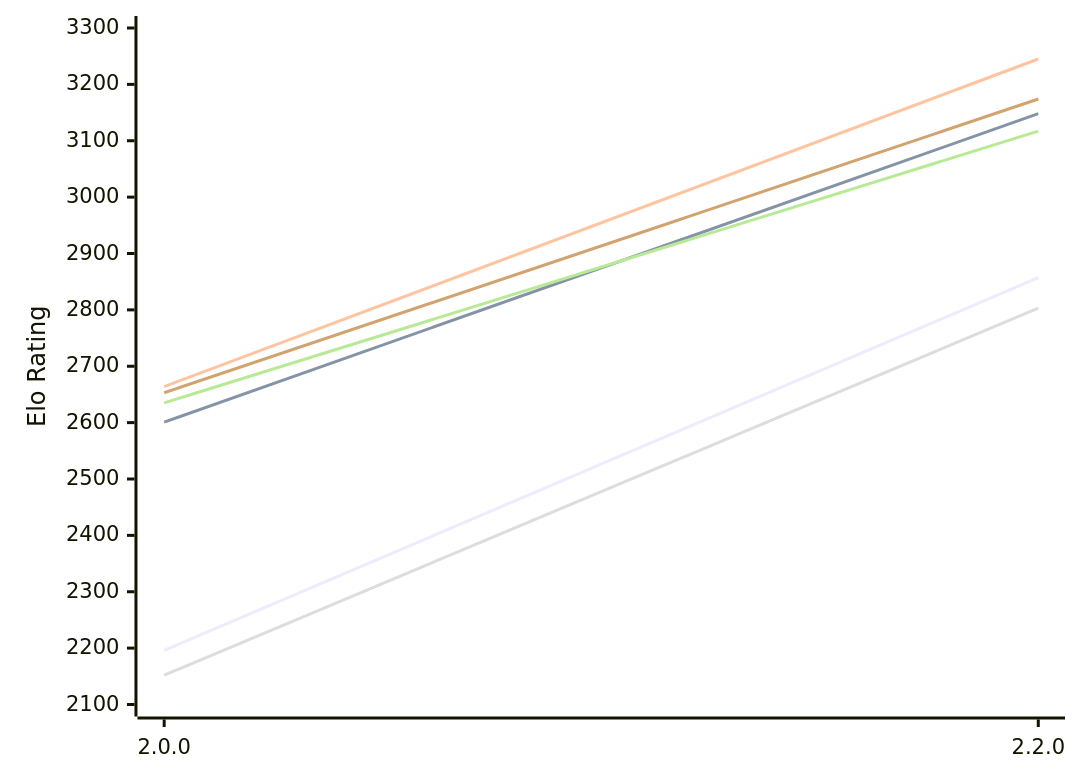
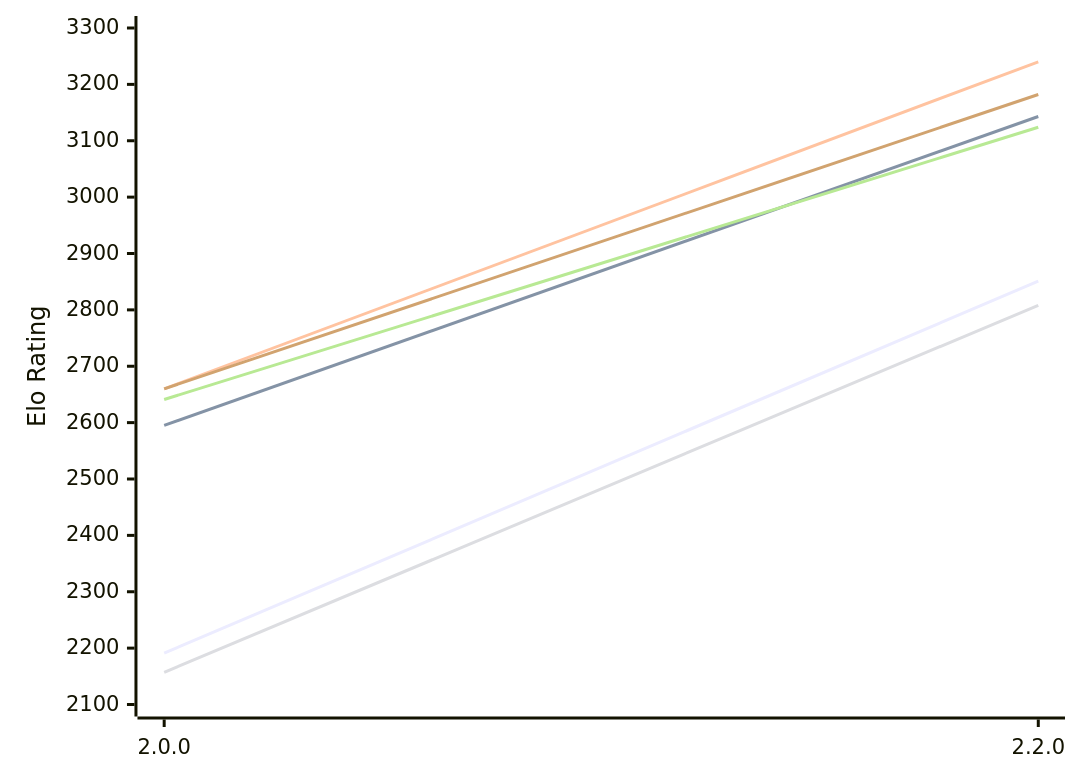
The first of 2 diagrams in engines/SoloEngine.md (computer-chess-index/cci), drawn with Mermaid before and after one commit. The commit also changed other lines of this file, not shown here.

Commit message:
Update CCI Ratings (ELO VLTC) - 2026-11-18

````diff
--- a/engines/SoloEngine.md
+++ b/engines/SoloEngine.md
@@ -55,12 +55,12 @@
 ```mermaid
 %%{init: {"theme":"base","themeVariables":{"seriesColors:['#a3a3a3','#222221','#faa371']}}}%%
 xychart-beta
   x-axis ["2.0.0", "2.2.0"]
   y-axis "Elo Rating" 2100 --> 3300
-  line "E1: STC (8.0+0.08s)" [2196, 2857]
-  line "E1: LTC (60.0+0.60s)" [2601, 3148]
-  line "E1: VLTC (2m24s+1.12s)" [2664, 3245]
-  line "P1: STC (8.0+0.08s)" [2152, 2803]
-  line "P1: LTC (60.0+0.60s)" [2635, 3117]
-  line "P1: VLTC (2m24s+1.12s)" [2653, 3174]
+  line "E1: STC (8.0+0.08s)" [2191, 2851]
+  line "E1: LTC (60.0+0.60s)" [2595, 3143]
+  line "E1: VLTC (2m24s+1.12s)" [2660, 3240]
+  line "P1: STC (8.0+0.08s)" [2157, 2808]
+  line "P1: LTC (60.0+0.60s)" [2641, 3124]
+  line "P1: VLTC (2m24s+1.12s)" [2660, 3182]
 ```
````
